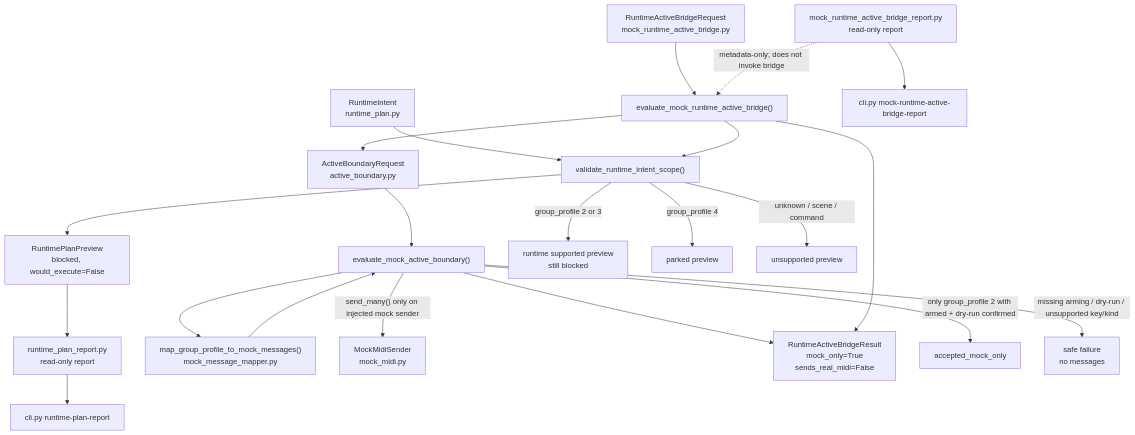
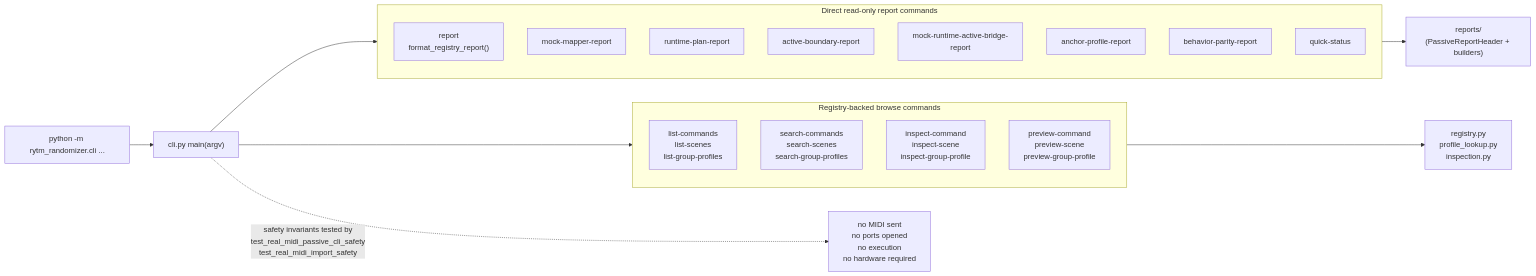
Diagram 14 of 26 in docs/ARCHITECTURE_DIAGRAMS.md (buzzijose-hub/RytmRandomizer), drawn with Mermaid before and after one commit. The commit also changed other lines of this file and 3 other files, not shown here.

First line of the commit message:
docs: add 26 mermaid diagrams + AGENTS.md + refresh ARCHITECTURE.md cross-links

````diff
--- a/docs/ARCHITECTURE_DIAGRAMS.md
+++ b/docs/ARCHITECTURE_DIAGRAMS.md
@@ -332,43 +906,32 @@
 ```mermaid
-flowchart TB
-    Intent["RuntimeIntent\nruntime_plan.py"]
-    Validate["validate_runtime_intent_scope()"]
-    Preview["RuntimePlanPreview\nblocked, would_execute=False"]
-    RuntimeReport["runtime_plan_report.py\nread-only report"]
-    RuntimeCLI["cli.py runtime-plan-report"]
+flowchart LR
+    Operator["python -m rytm_randomizer.cli ..."]
+    CLI["cli.py main(argv)"]
 
-    BridgeReq["RuntimeActiveBridgeRequest\nmock_runtime_active_bridge.py"]
-    BridgeEval["evaluate_mock_runtime_active_bridge()"]
-    ActiveReq["ActiveBoundaryRequest\nactive_boundary.py"]
-    ActiveEval["evaluate_mock_active_boundary()"]
-    Mapper["map_group_profile_to_mock_messages()\nmock_message_mapper.py"]
-    Sender["MockMidiSender\nmock_midi.py"]
-    Result["RuntimeActiveBridgeResult\nmock_only=True\nsends_real_midi=False"]
-    BridgeReport["mock_runtime_active_bridge_report.py\nread-only report"]
-    BridgeCLI["cli.py mock-runtime-active-bridge-report"]
+    subgraph ReportCmds["Direct read-only report commands"]
+        Report["report<br/>format_registry_report()"]
+        MockMapper["mock-mapper-report"]
+        Runtime["runtime-plan-report"]
+        Active["active-boundary-report"]
+        Bridge["mock-runtime-active-bridge-report"]
+        Anchor["anchor-profile-report"]
+        Coverage["behavior-parity-report"]
+        QuickStatus["quick-status"]
+    end
 
-    Intent --> Validate
-    Validate --> Preview
-    Preview --> RuntimeReport
-    RuntimeReport --> RuntimeCLI
+    subgraph BrowseCmds["Registry-backed browse commands"]
+        List["list-commands<br/>list-scenes<br/>list-group-profiles"]
+        Search["search-commands<br/>search-scenes<br/>search-group-profiles"]
+        Inspect["inspect-command<br/>inspect-scene<br/>inspect-group-profile"]
+        Preview["preview-command<br/>preview-scene<br/>preview-group-profile"]
+    end
 
-    BridgeReq --> BridgeEval
-    BridgeEval --> Validate
-    BridgeEval --> ActiveReq
-    ActiveReq --> ActiveEval
-    ActiveEval --> Mapper
-    Mapper --> ActiveEval
-    ActiveEval -->|"send_many() only on injected mock sender"| Sender
-    ActiveEval --> Result
-    BridgeEval --> Result
+    Operator --> CLI
+    CLI --> ReportCmds
+    CLI --> BrowseCmds
 
-    BridgeReport --> BridgeCLI
-    BridgeReport -.->|"metadata-only; does not invoke bridge"| BridgeEval
+    ReportCmds --> ReportsPkg["reports/<br/>(PassiveReportHeader + builders)"]
+    BrowseCmds --> RegistryCore["registry.py<br/>profile_lookup.py<br/>inspection.py"]
 
-    Validate -->|"group_profile 2 or 3"| Supported["runtime supported preview\nstill blocked"]
-    Validate -->|"group_profile 4"| Parked["parked preview"]
-    Validate -->|"unknown / scene / command"| Unsupported["unsupported preview"]
-
-    ActiveEval -->|"only group_profile 2 with armed + dry-run confirmed"| Accepted["accepted_mock_only"]
-    ActiveEval -->|"missing arming / dry-run / unsupported key/kind"| Rejected["safe failure\nno messages"]
+    CLI -.->|"safety invariants tested by<br/>test_real_midi_passive_cli_safety<br/>test_real_midi_import_safety"| Safety["no MIDI sent<br/>no ports opened<br/>no execution<br/>no hardware required"]
 ```
````
